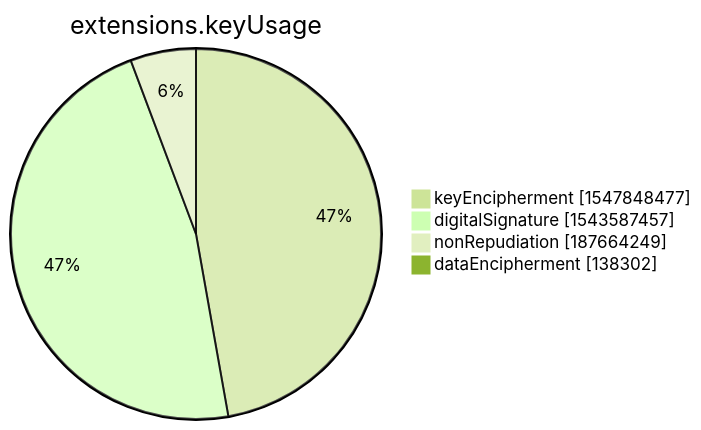
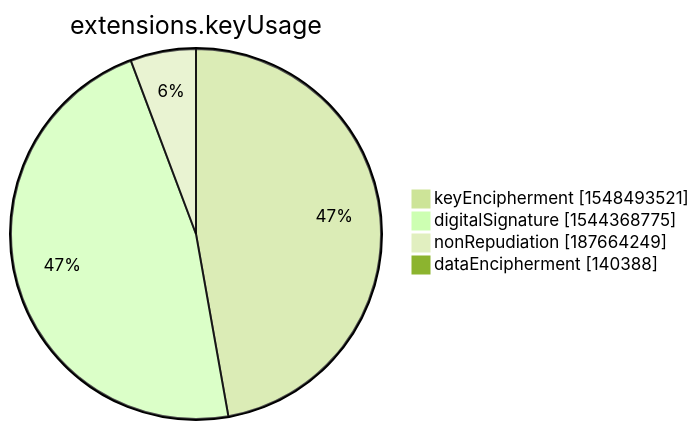
Before and after one commit to christiankrug/ctmonitor_visualization: the seventh of 15 diagrams in xenon2022/README.md, drawn with Mermaid (forest theme). The commit also changed other lines of this file, not shown here.

````diff
--- a/xenon2022/README.md
+++ b/xenon2022/README.md
@@ -2851,8 +2851,8 @@
 ```mermaid
 pie showData
 title extensions.keyUsage
-"keyEncipherment" :1547848477
-"digitalSignature" :1543587457
+"keyEncipherment" :1548493521
+"digitalSignature" :1544368775
 "nonRepudiation" :187664249
-"dataEncipherment" :138302
+"dataEncipherment" :140388
 ```
````
